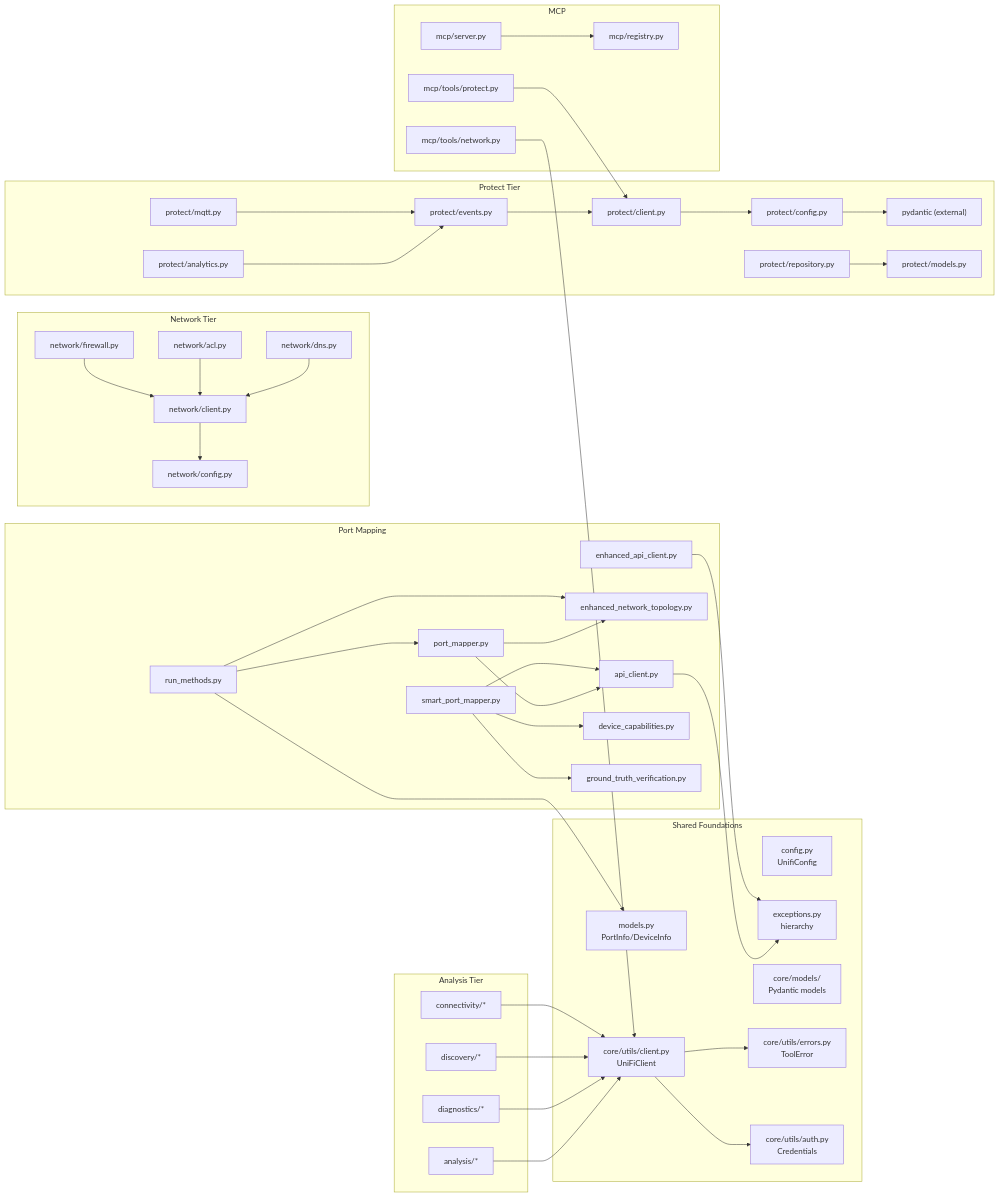
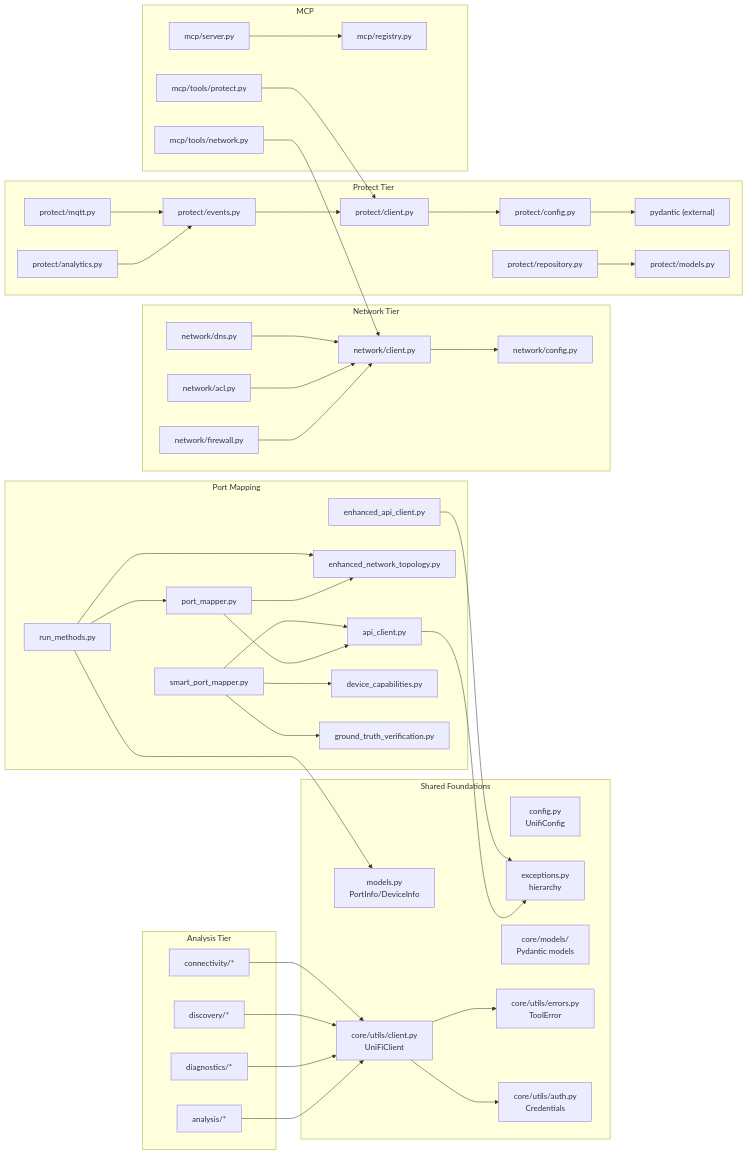
The second of 16 diagrams in docs/architecture/codemap.md (NetDevAutomate/unifi_management_cli), drawn with Mermaid before and after one commit. The commit also changed other lines of this file, not shown here.

First line of the commit message:
docs(architecture): refresh the codemap

````diff
--- a/docs/architecture/codemap.md
+++ b/docs/architecture/codemap.md
@@ -154,70 +156,70 @@
 ```mermaid
 graph LR
     subgraph "Shared Foundations"
         CONF["config.py\nUnifiConfig"]
         EXCP["exceptions.py\nhierarchy"]
         MDL["models.py\nPortInfo/DeviceInfo"]
         CMOD["core/models/\nPydantic models"]
         CERR["core/utils/errors.py\nToolError"]
         CAUTH["core/utils/auth.py\nCredentials"]
         CUC["core/utils/client.py\nUniFiClient"]
     end
 
     subgraph "Port Mapping"
         AC --> EXCP
         PM --> AC
         PM --> NT
         EAC --> EXCP
         SPM --> DC
         SPM --> GTV
         SPM --> AC
         RM --> PM
         RM --> MDL
         RM --> NT
     end
 
     subgraph "Analysis Tier"
         ANA --> CUC
         DIA --> CUC
         DIS --> CUC
         CON --> CUC
         CUC --> CAUTH
         CUC --> CERR
     end
 
     subgraph "Network Tier"
         NC["network/client.py"] --> NCONF["network/config.py"]
         NFW["network/firewall.py"] --> NC
         NACL["network/acl.py"] --> NC
         NDNS["network/dns.py"] --> NC
     end
 
     subgraph "Protect Tier"
         PCONF["protect/config.py"] --> Pydantic
         PC["protect/client.py"] --> PCONF
         PEV["protect/events.py"] --> PC
         PANA["protect/analytics.py"] --> PEV
         PMQTT["protect/mqtt.py"] --> PEV
         PREP["protect/repository.py"] --> Pmod["protect/models.py"]
     end
 
     subgraph "MCP"
         MSRV["mcp/server.py"] --> MREG["mcp/registry.py"]
-        MTW_N["mcp/tools/network.py"] --> CUC
+        MTW_N["mcp/tools/network.py"] --> NC
         MTW_P["mcp/tools/protect.py"] --> PC
     end
 
     AC["api_client.py"]
     PM["port_mapper.py"]
     EAC["enhanced_api_client.py"]
     SPM["smart_port_mapper.py"]
     DC["device_capabilities.py"]
     GTV["ground_truth_verification.py"]
     NT["enhanced_network_topology.py"]
     RM["run_methods.py"]
     ANA["analysis/*"]
     DIA["diagnostics/*"]
     DIS["discovery/*"]
     CON["connectivity/*"]
     Pydantic["pydantic (external)"]
 ```
````
